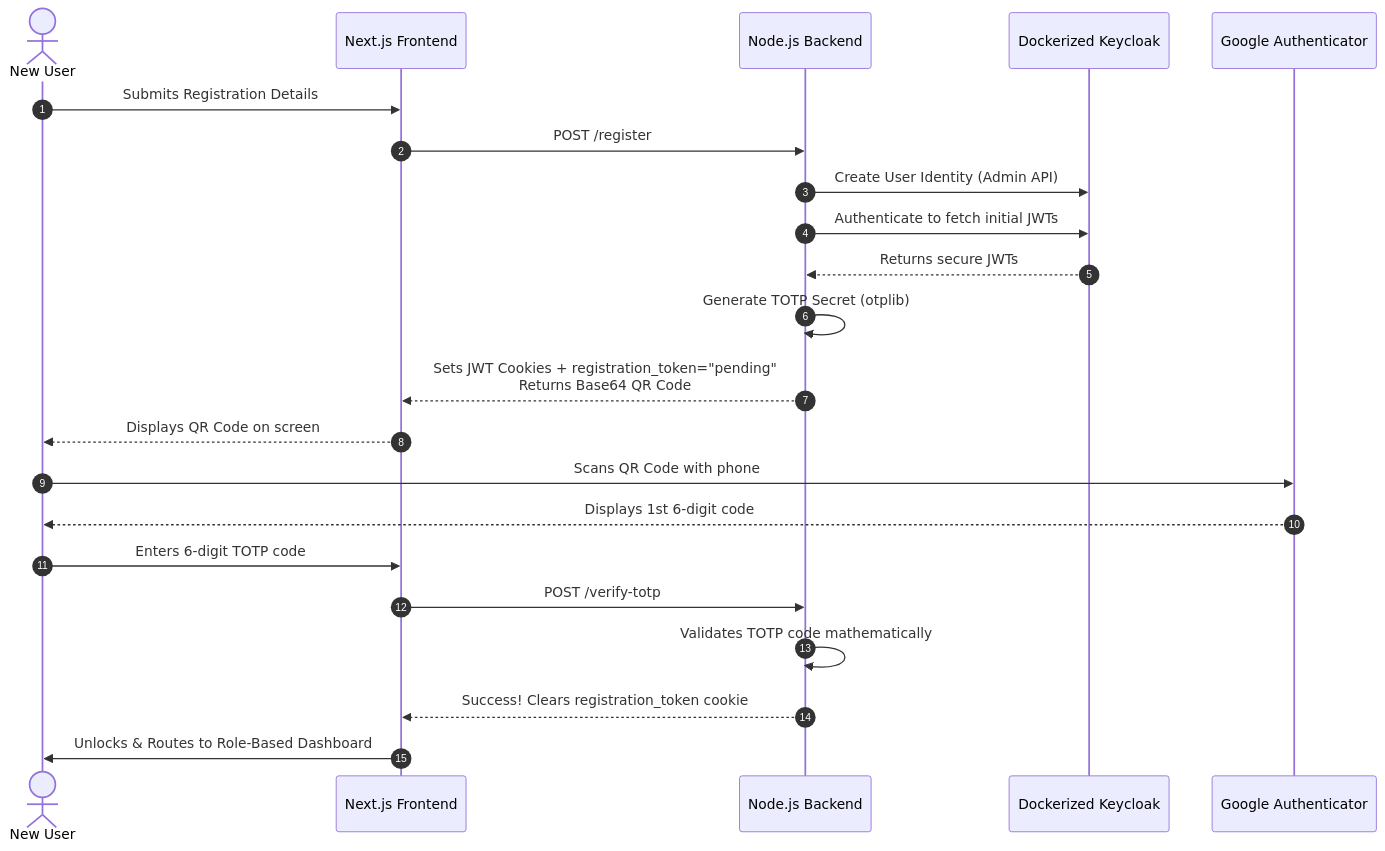
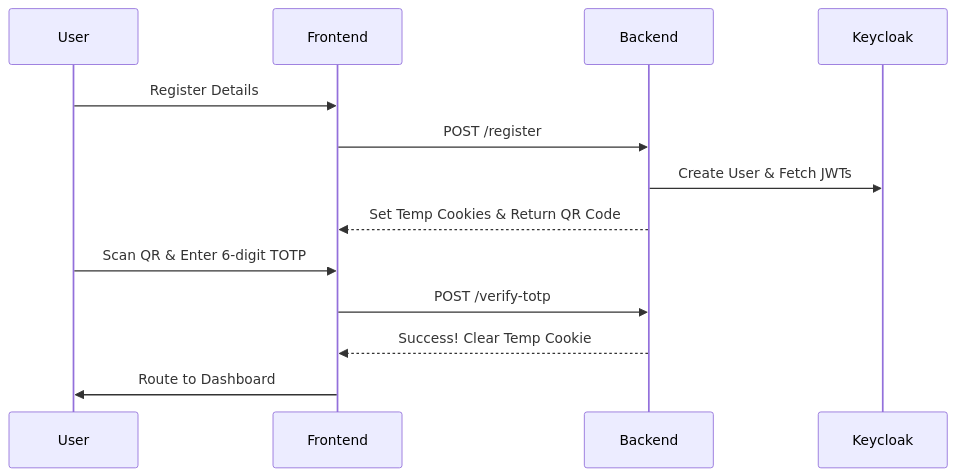
The first of 2 diagrams in README.md (AmanSingh-24/Vendor-Hiring-Manager-Contract-Management-Module), drawn with Mermaid before and after one commit. The commit also changed other lines of this file, not shown here.

````diff
--- a/README.md
+++ b/README.md
@@ -53,30 +111,16 @@
 ```mermaid
 sequenceDiagram
-    autonumber
-    actor U as New User
-    participant F as Next.js Frontend
-    participant B as Node.js Backend
-    participant K as Dockerized Keycloak
-    participant GA as Google Authenticator
-
-    %% Registration & Initial Auth
-    U->>F: Submits Registration Details
-    F->>B: POST /register
-    B->>K: Create User Identity (Admin API)
-    B->>K: Authenticate to fetch initial JWTs
-    K-->>B: Returns secure JWTs
+    participant User
+    participant Frontend
+    participant Backend
+    participant Keycloak
     
-    %% 2FA Setup
-    B->>B: Generate TOTP Secret (otplib)
-    B-->>F: Sets JWT Cookies + registration_token="pending"<br/>Returns Base64 QR Code
-    F-->>U: Displays QR Code on screen
-    
-    %% Verification Loop
-    U->>GA: Scans QR Code with phone
-    GA-->>U: Displays 1st 6-digit code
-    U->>F: Enters 6-digit TOTP code
-    F->>B: POST /verify-totp
-    B->>B: Validates TOTP code mathematically
-    B-->>F: Success! Clears registration_token cookie
-    F->>U: Unlocks & Routes to Role-Based Dashboard
+    User->>Frontend: Register Details
+    Frontend->>Backend: POST /register
+    Backend->>Keycloak: Create User & Fetch JWTs
+    Backend-->>Frontend: Set Temp Cookies & Return QR Code
+    User->>Frontend: Scan QR & Enter 6-digit TOTP
+    Frontend->>Backend: POST /verify-totp
+    Backend-->>Frontend: Success! Clear Temp Cookie
+    Frontend->>User: Route to Dashboard
 ```
````
